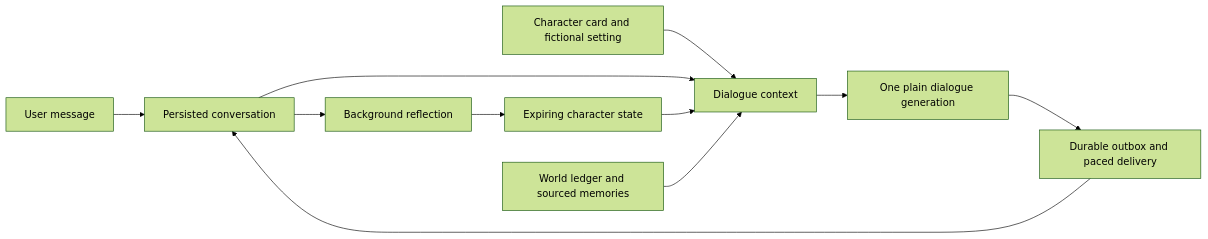
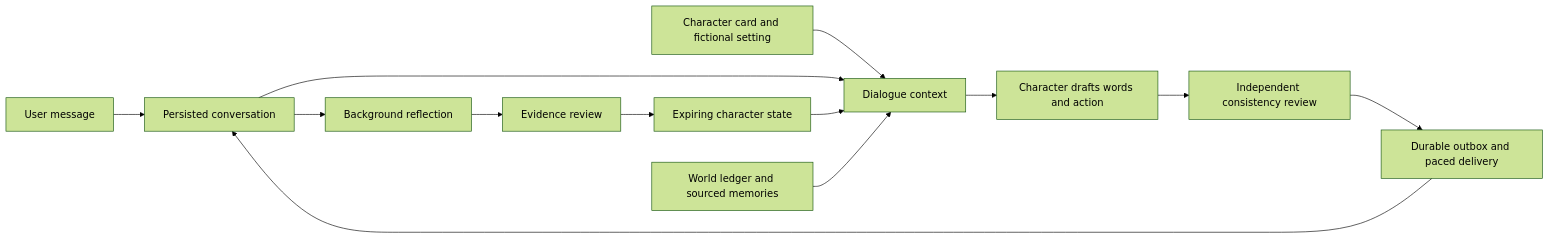
The diagram in docs/character-dialogue.md (AsCat/alivyn), drawn with Mermaid (forest theme) before and after one commit. The commit also changed other lines of this file and 18 other files, not shown here.

Commit message:
Make character action, reflection, and self history coherent

````diff
--- a/docs/character-dialogue.md
+++ b/docs/character-dialogue.md
@@ -9,13 +9,15 @@
 ```mermaid
 flowchart LR
   U[User message] --> H[Persisted conversation]
   P[Character card and fictional setting] --> C[Dialogue context]
   H --> C
   M[Expiring character state] --> C
   W[World ledger and sourced memories] --> C
-  C --> D[One plain dialogue generation]
-  D --> O[Durable outbox and paced delivery]
+  C --> D[Character drafts words and action]
+  D --> V[Independent consistency review]
+  V --> O[Durable outbox and paced delivery]
   O --> H
   H --> R[Background reflection]
-  R --> M
+  R --> Q[Evidence review]
+  Q --> M
 ```
````
